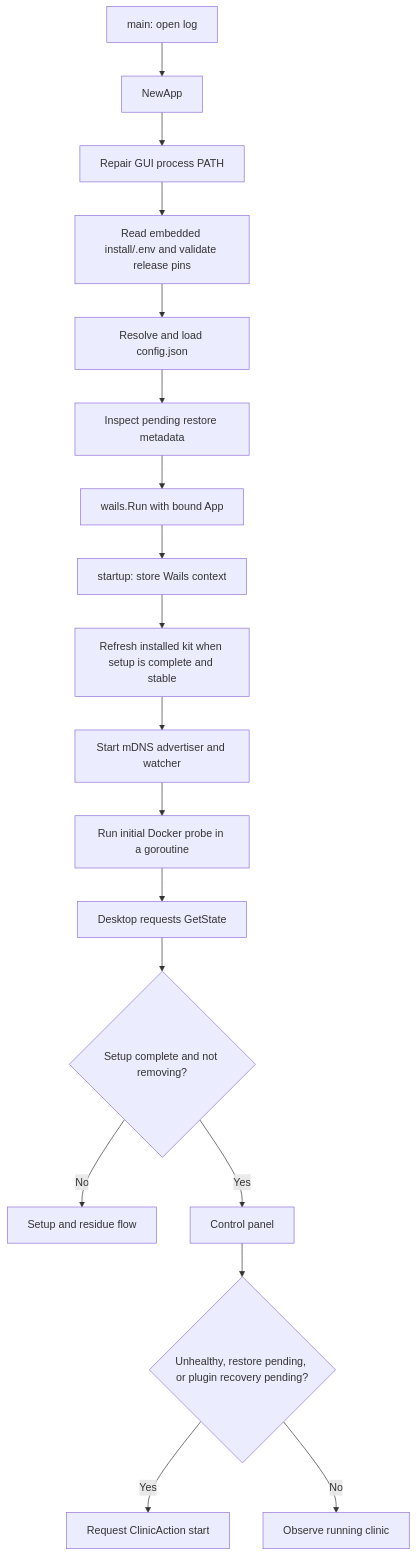
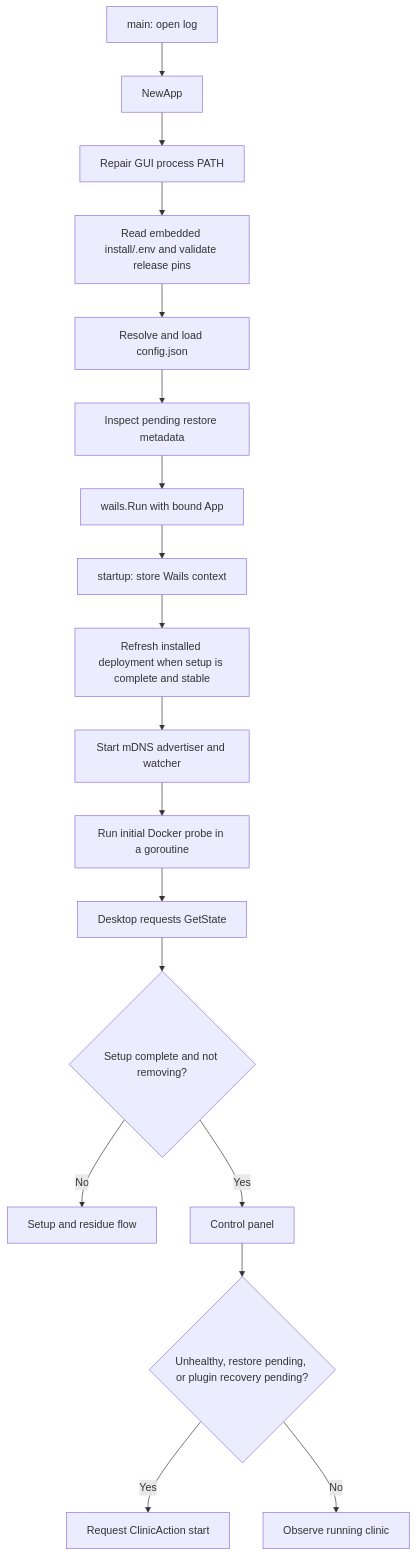
Before and after one commit to praffq/care_clinic: the first of 2 diagrams in docs/wails-application.md, drawn with Mermaid. The commit also changed other lines of this file and 22 other files, not shown here.

First line of the commit message:
Rename clinic kit concept to deployment

````diff
--- a/docs/wails-application.md
+++ b/docs/wails-application.md
@@ -45,20 +45,20 @@
 ```mermaid
 flowchart TD
     Main["main: open log"] --> New["NewApp"]
     New --> Path["Repair GUI process PATH"]
     Path --> Pins["Read embedded install/.env and validate release pins"]
     Pins --> Config["Resolve and load config.json"]
     Config --> Journal["Inspect pending restore metadata"]
     Journal --> Wails["wails.Run with bound App"]
     Wails --> Startup["startup: store Wails context"]
-    Startup --> Refresh["Refresh installed kit when setup is complete and stable"]
+    Startup --> Refresh["Refresh installed deployment when setup is complete and stable"]
     Refresh --> Advertise["Start mDNS advertiser and watcher"]
     Advertise --> Probe["Run initial Docker probe in a goroutine"]
     Probe --> UI["Desktop requests GetState"]
     UI --> First{"Setup complete and not removing?"}
     First -->|No| Wizard["Setup and residue flow"]
     First -->|Yes| Panel["Control panel"]
     Panel --> Start{"Unhealthy, restore pending, or plugin recovery pending?"}
     Start -->|Yes| Run["Request ClinicAction start"]
     Start -->|No| Observe["Observe running clinic"]
 ```
````
